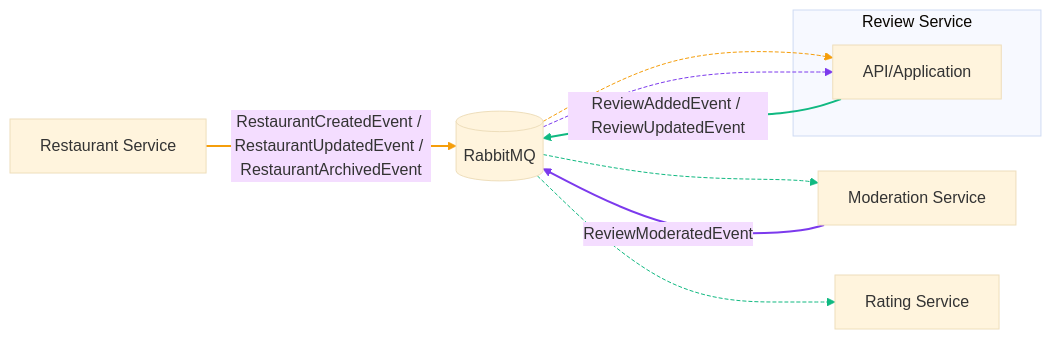
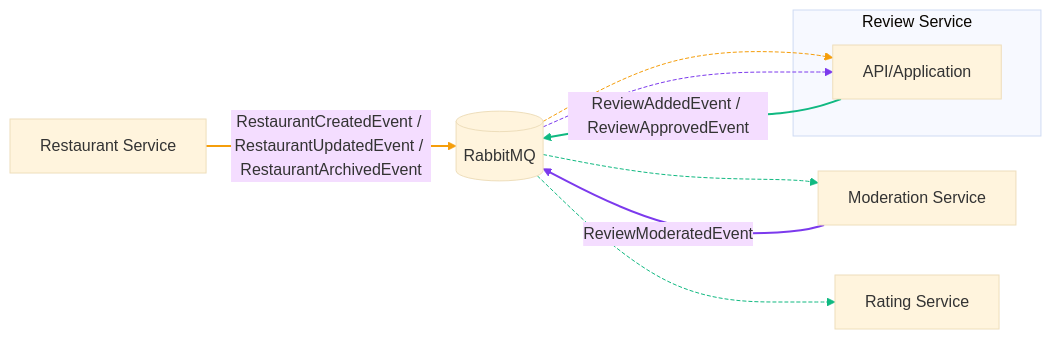
Before and after one commit to bagermoon/otuscode: the first of 3 diagrams in docs/services/ReviewService.md, drawn with Mermaid (base theme). The commit also changed other lines of this file and 8 other files, not shown here.

Commit message:
feat(review): replace ReviewUpdatedEvent with ReviewApprovedEvent

````diff
--- a/docs/services/ReviewService.md
+++ b/docs/services/ReviewService.md
@@ -81,39 +81,39 @@
 ```mermaid
 flowchart LR
     %% Справочные события от Restaurant
     RSVC[Restaurant Service] -- RestaurantCreatedEvent / RestaurantUpdatedEvent / RestaurantArchivedEvent --> MQ[(RabbitMQ)]
     MQ --> RV
 
     %% Исходящие события сервиса Review
     subgraph Review_Service[Review Service]
         RV[API/Application]
     end
 
-    RV -- ReviewAddedEvent / ReviewUpdatedEvent --> MQ[(RabbitMQ)]
+    RV -- ReviewAddedEvent / ReviewApprovedEvent --> MQ[(RabbitMQ)]
 
     MQ --> ModSvc[Moderation Service]
 
     MQ --> RatingSvc[Rating Service]
 
     %% Входящие результаты модерации
     ModSvc -- ReviewModeratedEvent --> MQ
     MQ --> RV
 
     %% Link styling to visualize event families (order-dependent)
     %% 0: RSVC->MQ (restaurant events)
     linkStyle 0 stroke:#f59e0b,stroke-width:2px
     %% 1: MQ->RV (restaurant events delivery)
     linkStyle 1 stroke:#f59e0b,stroke-dasharray: 4 2
 
     %% 2: RV->MQ (review events)
     linkStyle 2 stroke:#10b981,stroke-width:2px
     %% 3: MQ->ModSvc (review events to Moderation)
     linkStyle 3 stroke:#10b981,stroke-dasharray: 4 2
     %% 4: MQ->RatingSvc (review events to Rating)
     linkStyle 4 stroke:#10b981,stroke-dasharray: 4 2
 
     %% 5: ModSvc->MQ (moderation result)
     linkStyle 5 stroke:#7c3aed,stroke-width:2px
     %% 6: MQ->RV (moderation result delivery)
     linkStyle 6 stroke:#7c3aed,stroke-dasharray: 4 2
 ```
````
